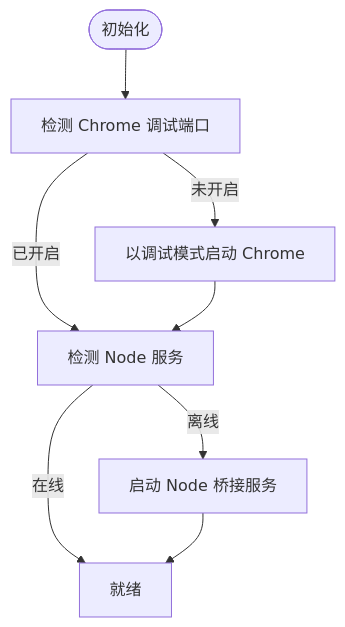
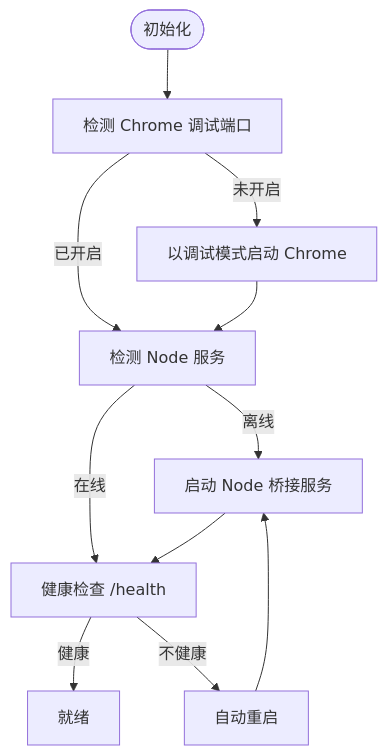
Before and after one commit to wangys-123doit/hotkey: the third of 10 diagrams in .qoder/repowiki/zh/content/外部工具集成/外部工具集成.md, drawn with Mermaid. The commit also changed other lines of this file and 5 other files, not shown here.

````diff
--- a/.qoder/repowiki/zh/content/外部工具集成/外部工具集成.md
+++ b/.qoder/repowiki/zh/content/外部工具集成/外部工具集成.md
@@ -246,10 +251,13 @@
 ```mermaid
 flowchart TD
 Start(["初始化"]) --> CheckChrome["检测 Chrome 调试端口"]
 CheckChrome --> |未开启| LaunchChrome["以调试模式启动 Chrome"]
 CheckChrome --> |已开启| CheckNode["检测 Node 服务"]
 LaunchChrome --> CheckNode
 CheckNode --> |离线| StartNode["启动 Node 桥接服务"]
-CheckNode --> |在线| Ready["就绪"]
-StartNode --> Ready
+CheckNode --> |在线| HealthCheck["健康检查 /health"]
+StartNode --> HealthCheck
+HealthCheck --> |健康| Ready["就绪"]
+HealthCheck --> |不健康| Restart["自动重启"]
+Restart --> StartNode
 ```
````
